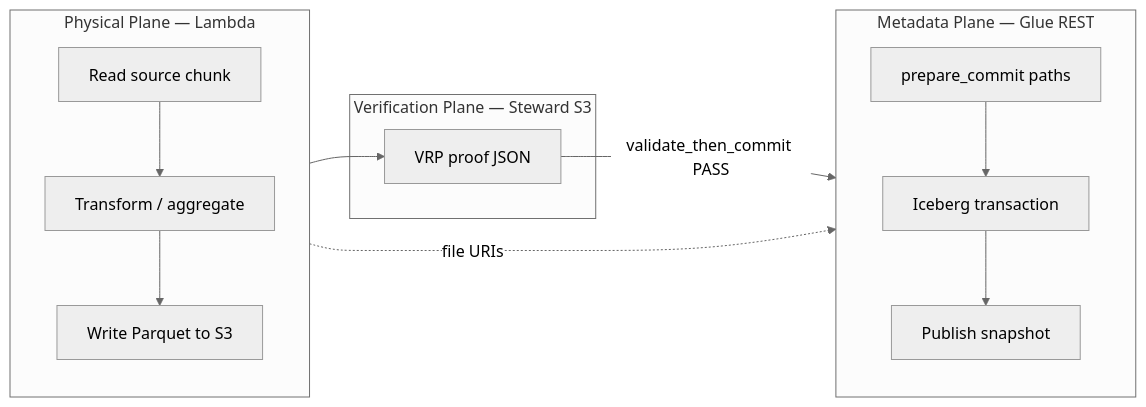
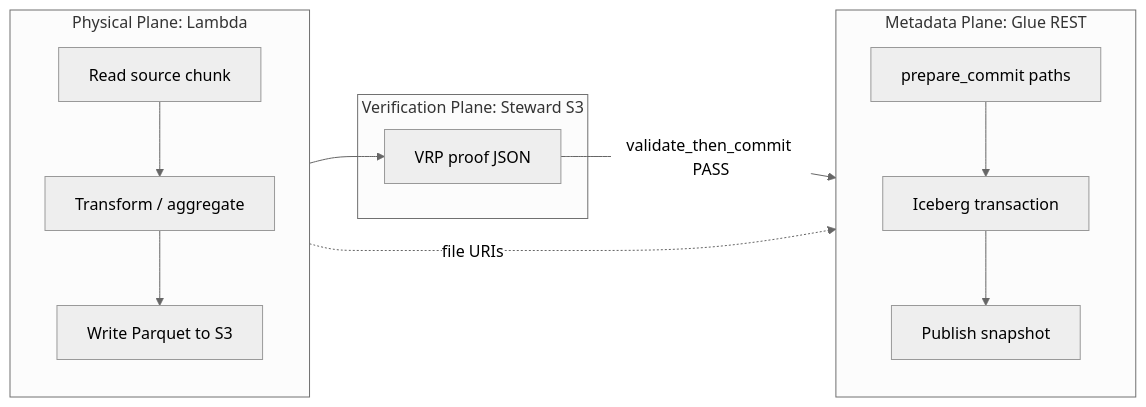
The second of 7 diagrams in docs/glue-connector.md (vaquarkhan/aws-serverless-datamesh-framework), drawn with Mermaid (neutral theme) before and after one commit. The commit also changed other lines of this file and 30 other files, not shown here.

````diff
--- a/docs/glue-connector.md
+++ b/docs/glue-connector.md
@@ -72,26 +72,26 @@
 ```mermaid
 flowchart LR
-    subgraph physical [Physical Plane — Lambda]
+    subgraph physical [Physical Plane: Lambda]
         direction TB
         READ[Read source chunk]
         TRANS[Transform / aggregate]
         WRITE[Write Parquet to S3]
         READ --> TRANS --> WRITE
     end
 
-    subgraph metadata [Metadata Plane — Glue REST]
+    subgraph metadata [Metadata Plane: Glue REST]
         direction TB
         PREP[prepare_commit paths]
         TX[Iceberg transaction]
         SNAP[Publish snapshot]
         PREP --> TX --> SNAP
     end
 
-    subgraph verify [Verification Plane — Steward S3]
+    subgraph verify [Verification Plane: Steward S3]
         PROOF[VRP proof JSON]
     end
 
     WRITE --> PROOF
     PROOF -->|validate_then_commit PASS| PREP
     WRITE -.->|file URIs| PREP
 ```
````
